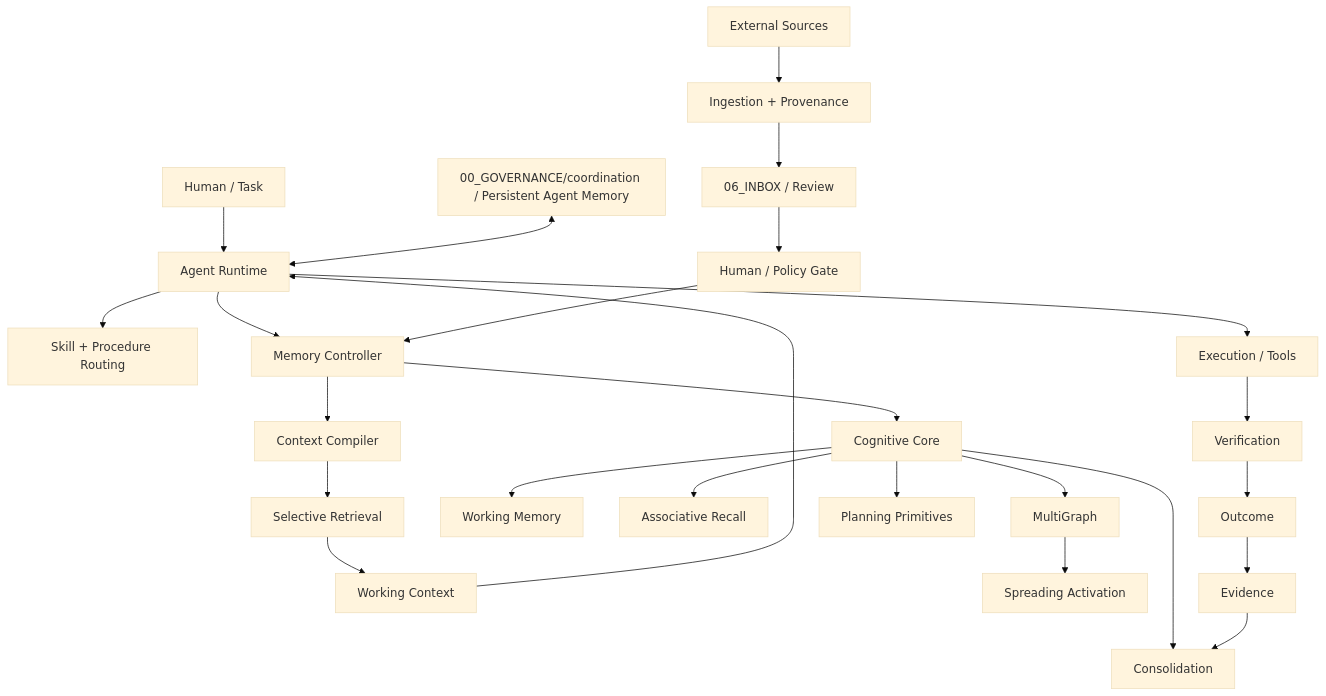
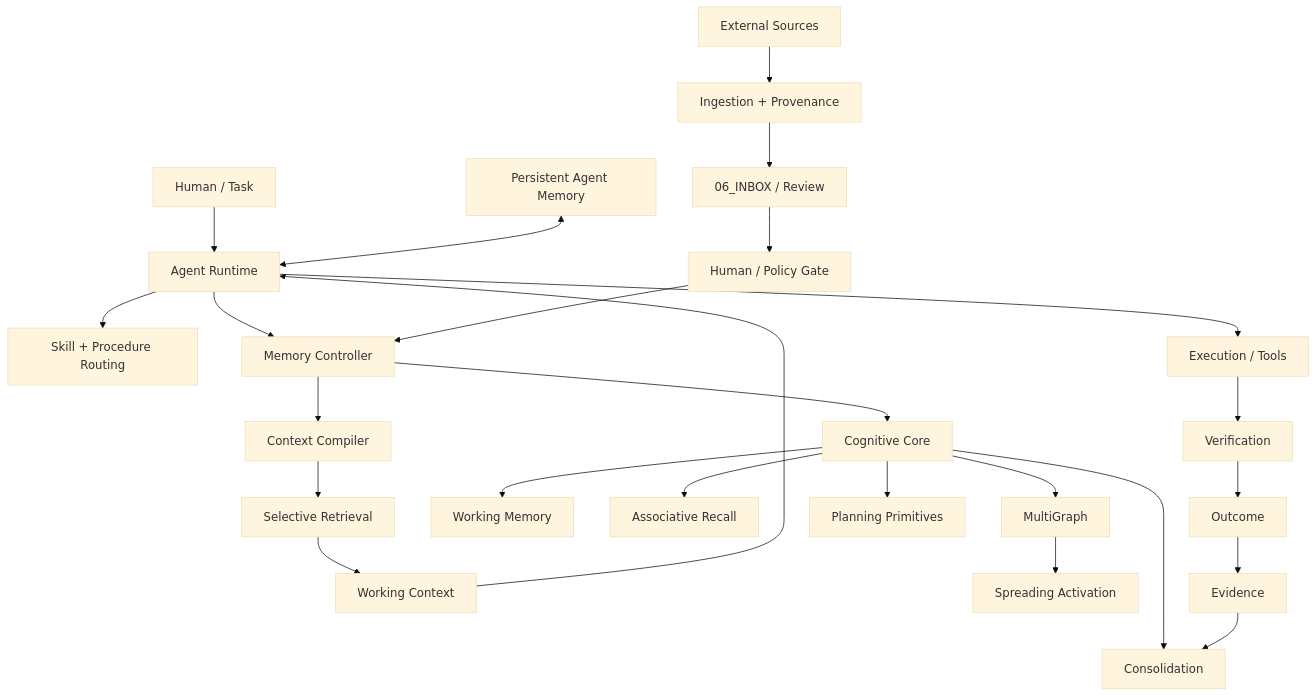
Before and after one commit to userist123/AI_Memory_Vault_CODEX_READY: the second of 3 diagrams in README.md, drawn with Mermaid (base theme). The commit also changed other lines of this file, not shown here.

````diff
--- a/README.md
+++ b/README.md
@@ -87,31 +160,31 @@
 ```mermaid
 flowchart TB
     U[Human / Task] --> R[Agent Runtime]
     R --> S[Skill + Procedure Routing]
     R --> M[Memory Controller]
     M --> C[Context Compiler]
     C --> Q[Selective Retrieval]
     Q --> W[Working Context]
     W --> R
 
     M --> CC[Cognitive Core]
     CC --> WM[Working Memory]
     CC --> RC[Associative Recall]
     CC --> MG[MultiGraph]
     MG --> SA[Spreading Activation]
     CC --> PL[Planning Primitives]
     CC --> CO[Consolidation]
 
     R --> EX[Execution / Tools]
     EX --> VF[Verification]
     VF --> OUT[Outcome]
     OUT --> EVI[Evidence]
     EVI --> CO
 
     RAW[External Sources] --> ING[Ingestion + Provenance]
     ING --> INBOX[06_INBOX / Review]
     INBOX --> HG[Human / Policy Gate]
     HG --> M
 
-    P[00_GOVERNANCE/coordination / Persistent Agent Memory] <--> R
+    P[Persistent Agent Memory] <--> R
 ```
````
